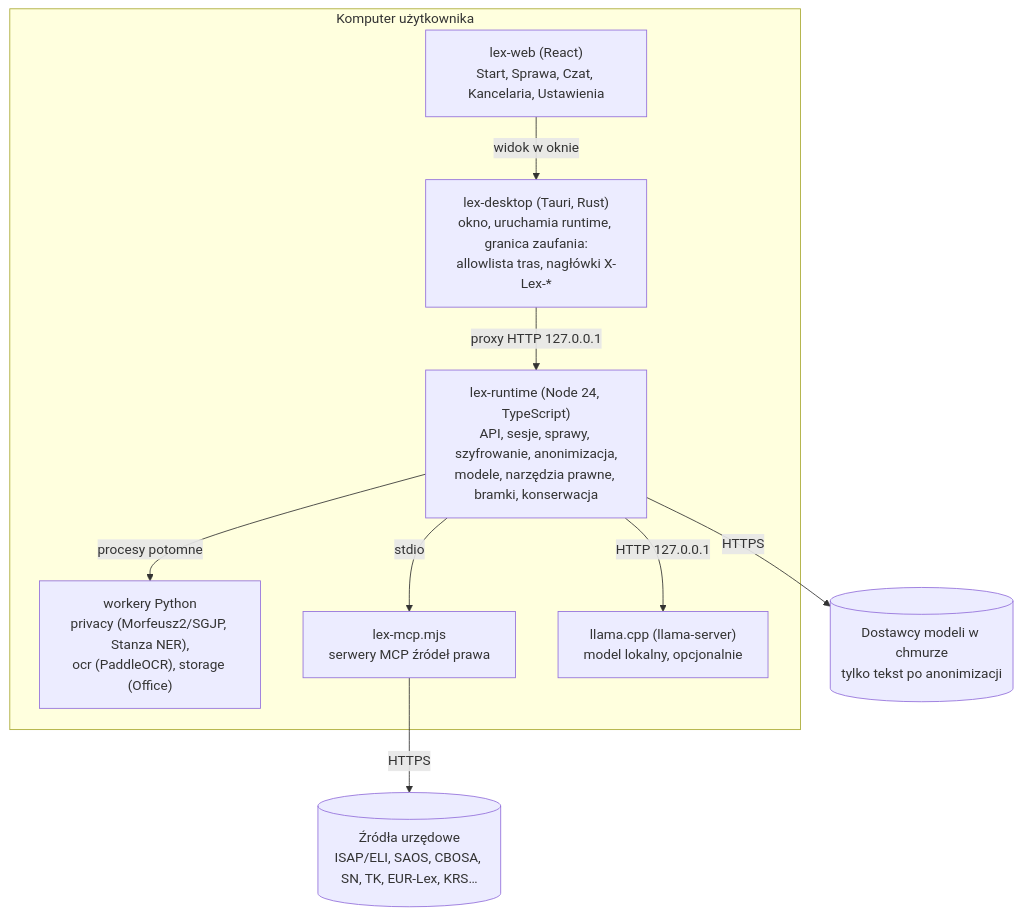
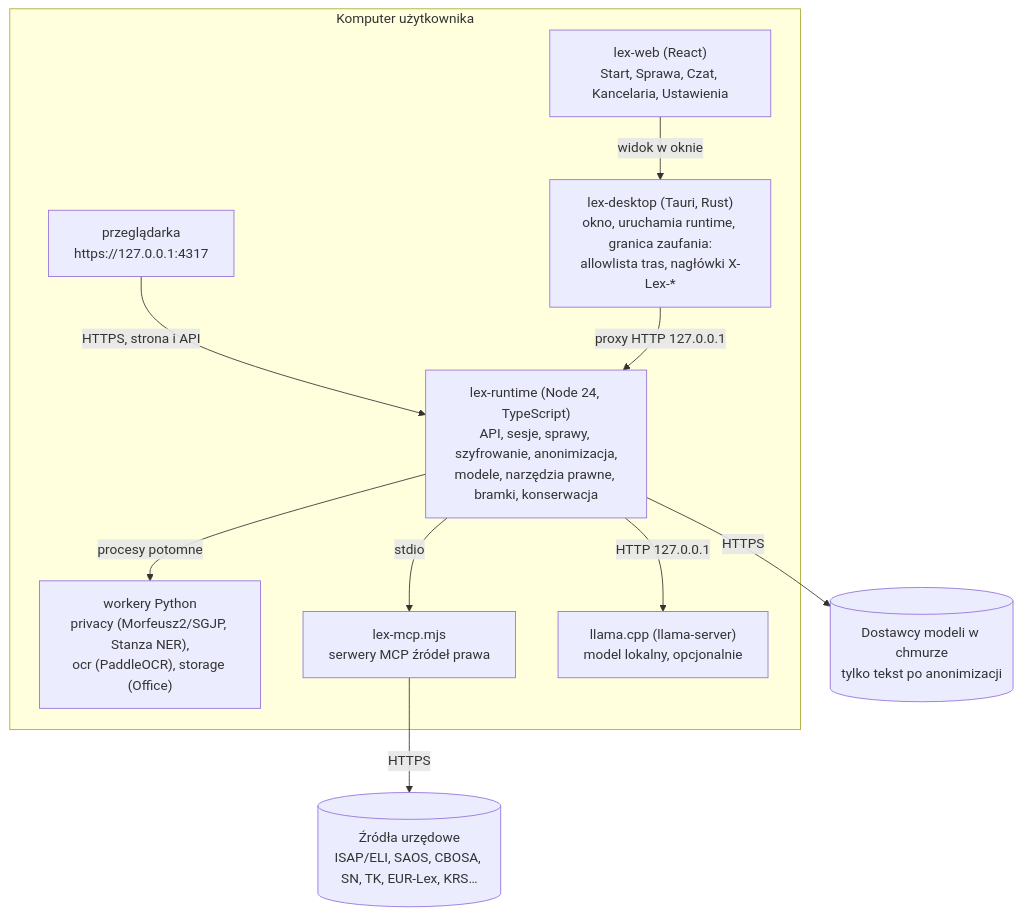
The diagram in README.md (michaleiatrak-star/Lex-machina-aplikacja), drawn with Mermaid before and after one commit. The commit also changed other lines of this file and 123 other files, not shown here.

````diff
--- a/README.md
+++ b/README.md
@@ -62,20 +65,22 @@
 ```mermaid
 flowchart TB
     subgraph PC["Komputer użytkownika"]
         WEB["lex-web (React)<br/>Start, Sprawa, Czat, Kancelaria, Ustawienia"]
         DESK["lex-desktop (Tauri, Rust)<br/>okno, uruchamia runtime, granica zaufania:<br/>allowlista tras, nagłówki X-Lex-*"]
         RT["lex-runtime (Node 24, TypeScript)<br/>API, sesje, sprawy, szyfrowanie, anonimizacja,<br/>modele, narzędzia prawne, bramki, konserwacja"]
         PY["workery Python<br/>privacy (Morfeusz2/SGJP, Stanza NER),<br/>ocr (PaddleOCR), storage (Office)"]
         MCP["lex-mcp.mjs<br/>serwery MCP źródeł prawa"]
         LLM["llama.cpp (llama-server)<br/>model lokalny, opcjonalnie"]
+        BR["przeglądarka<br/>https://127.0.0.1:4317"]
         WEB -->|"widok w oknie"| DESK
+        BR -->|"HTTPS, strona i API"| RT
         DESK -->|"proxy HTTP 127.0.0.1"| RT
         RT -->|"procesy potomne"| PY
         RT -->|"stdio"| MCP
         RT -->|"HTTP 127.0.0.1"| LLM
     end
     SRC[("Źródła urzędowe<br/>ISAP/ELI, SAOS, CBOSA, SN, TK, EUR-Lex, KRS…")]
     CLOUD[("Dostawcy modeli w chmurze<br/>tylko tekst po anonimizacji")]
     MCP -->|"HTTPS"| SRC
     RT -->|"HTTPS"| CLOUD
 ```
````
